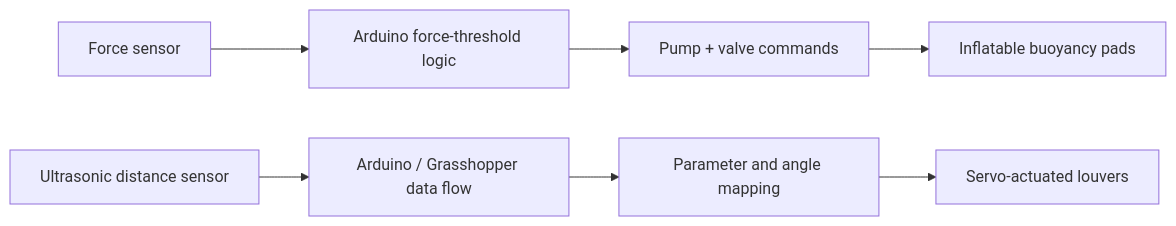
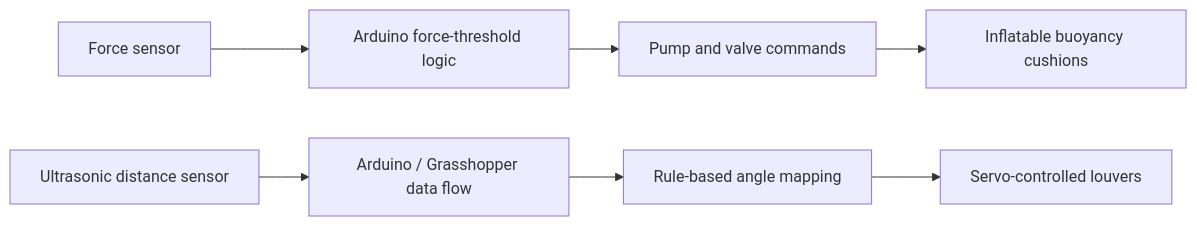
The diagram in README.md (yelain3-cpu/adaptive-modular-platforms), drawn with Mermaid before and after one commit. The commit also changed other lines of this file and 8 other files, not shown here.

````diff
--- a/README.md
+++ b/README.md
@@ -32,9 +38,9 @@
 ```mermaid
 flowchart LR
   F[Force sensor] --> FC[Arduino force-threshold logic]
-  FC --> PA[Pump + valve commands]
-  PA --> BO[Inflatable buoyancy pads]
-  U[Ultrasonic distance sensor] --> GH[Arduino / Grasshopper data flow]
-  GH --> MAP[Parameter and angle mapping]
-  MAP --> SV[Servo-actuated louvers]
+  FC --> P[Pump and valve commands]
+  P --> B[Inflatable buoyancy cushions]
+  U[Ultrasonic distance sensor] --> G[Arduino / Grasshopper data flow]
+  G --> A[Rule-based angle mapping]
+  A --> S[Servo-controlled louvers]
 ```
````
